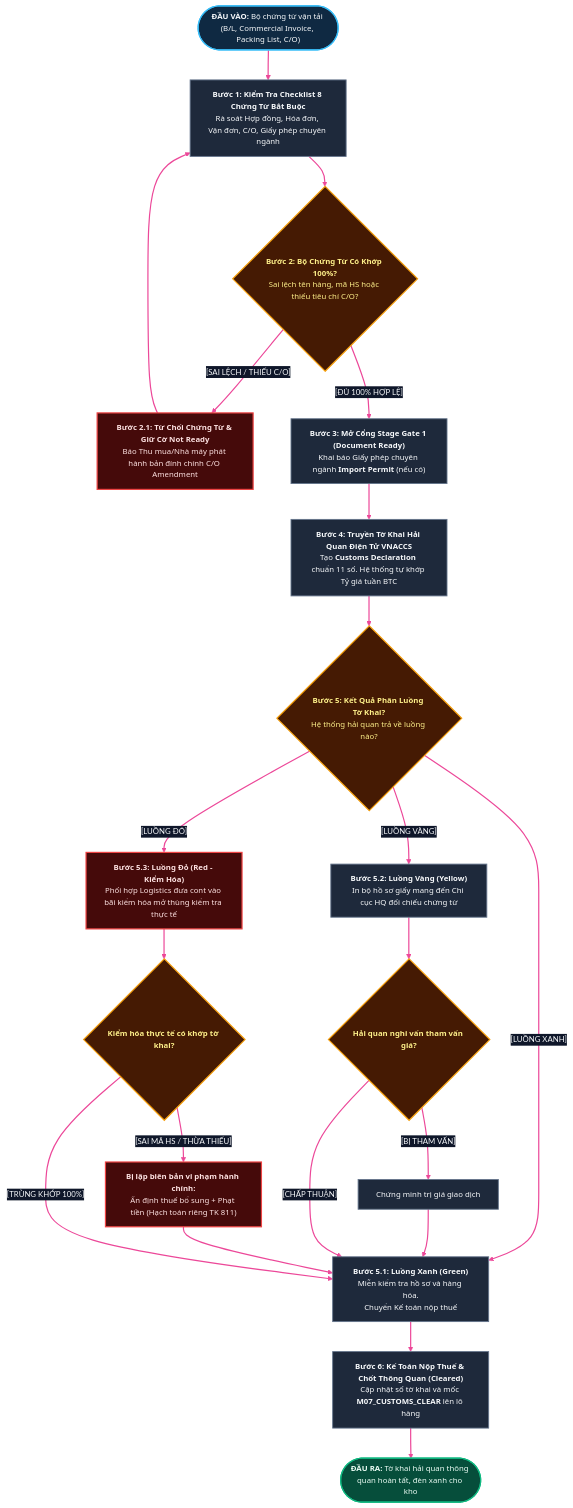
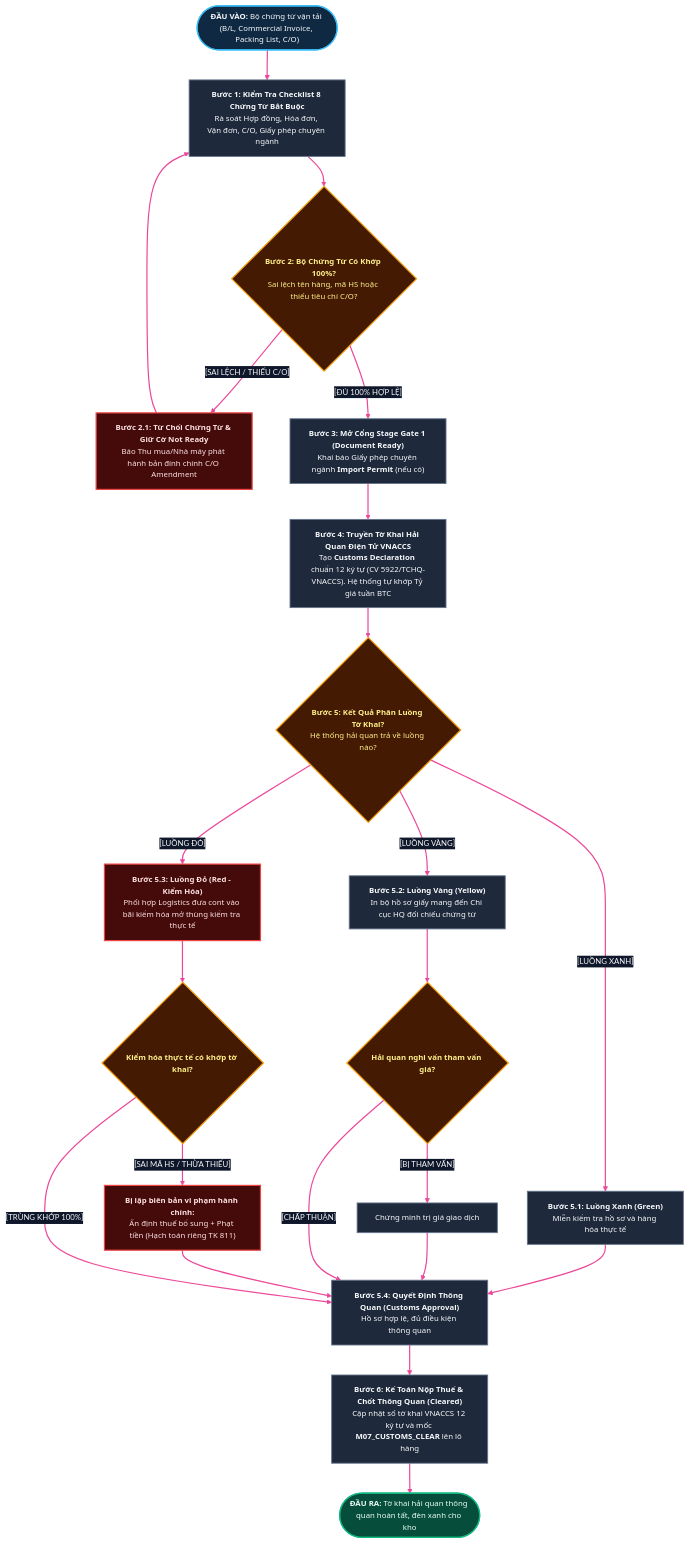
Before and after one commit to capkimkhanh2k5/Logistics_ERPNext_RAG: the sixth of 14 diagrams in LUONG_NGHIEP_VU_CAC_VAI_TRO_XUAT_NHAP_KHAU.md, drawn with Mermaid. The commit also changed other lines of this file and 3 other files, not shown here.

Commit message:
feat(critique-fix): implement full 13 expert critique points on architecture and workflows

````diff
--- a/LUONG_NGHIEP_VU_CAC_VAI_TRO_XUAT_NHAP_KHAU.md
+++ b/LUONG_NGHIEP_VU_CAC_VAI_TRO_XUAT_NHAP_KHAU.md
@@ -297,53 +330,55 @@
 ```mermaid
 %%{init: {
   'theme': 'base',
   'themeVariables': {
     'fontFamily': 'Segoe UI, Arial, sans-serif',
     'fontSize': '13px',
     'primaryColor': '#1E293B',
     'primaryTextColor': '#F8FAFC',
     'primaryBorderColor': '#EC4899',
     'lineColor': '#EC4899',
     'edgeLabelBackground': '#0F172A'
   }
 }}%%
 flowchart TD
     classDef default fill:#1E293B,stroke:#64748B,stroke-width:1.5px,color:#F8FAFC,font-family:Segoe UI,Arial,sans-serif;
     classDef decision fill:#451A03,stroke:#F59E0B,stroke-width:2px,color:#FEF08A,font-family:Segoe UI,Arial,sans-serif;
     classDef input fill:#0F2942,stroke:#38BDF8,stroke-width:2px,color:#F8FAFC,font-family:Segoe UI,Arial,sans-serif;
     classDef error fill:#450A0A,stroke:#EF4444,stroke-width:2px,color:#FEE2E2,font-family:Segoe UI,Arial,sans-serif;
     classDef success fill:#064E3B,stroke:#10B981,stroke-width:2px,color:#ECFDF5,font-family:Segoe UI,Arial,sans-serif;
 
     H_IN(["<b>ĐẦU VÀO:</b> Bộ chứng từ vận tải (B/L, Commercial Invoice, Packing List, C/O)"]):::input --> H1
     H1["<b>Bước 1: Kiểm Tra Checklist 8 Chứng Từ Bắt Buộc</b><br>Rà soát Hợp đồng, Hóa đơn, Vận đơn, C/O, Giấy phép chuyên ngành"] --> H2
     
     H2{"<b>Bước 2: Bộ Chứng Từ Có Khớp 100%?</b><br>Sai lệch tên hàng, mã HS hoặc thiếu tiêu chí C/O?"}:::decision
     
     H2 -- "[SAI LỆCH / THIẾU C/O]" --> H_REJ["<b>Bước 2.1: Từ Chối Chứng Từ & Giữ Cờ Not Ready</b><br>Báo Thu mua/Nhà máy phát hành bản đính chính C/O Amendment"]:::error --> H1
     
     H2 -- "[ĐỦ 100% HỢP LỆ]" --> H3["<b>Bước 3: Mở Cổng Stage Gate 1 (Document Ready)</b><br>Khai báo Giấy phép chuyên ngành <b>Import Permit</b> (nếu có)"] --> H4
     
-    H4["<b>Bước 4: Truyền Tờ Khai Hải Quan Điện Tử VNACCS</b><br>Tạo <b>Customs Declaration</b> chuẩn 11 số. Hệ thống tự khớp Tỷ giá tuần BTC"] --> H5
+    H4["<b>Bước 4: Truyền Tờ Khai Hải Quan Điện Tử VNACCS</b><br>Tạo <b>Customs Declaration</b> chuẩn 12 ký tự (CV 5922/TCHQ-VNACCS). Hệ thống tự khớp Tỷ giá tuần BTC"] --> H5
     
     H5{"<b>Bước 5: Kết Quả Phân Luồng Tờ Khai?</b><br>Hệ thống hải quan trả về luồng nào?"}:::decision
     
-    H5 -- "[LUỒNG XANH]" --> H_GREEN["<b>Bước 5.1: Luồng Xanh (Green)</b><br>Miễn kiểm tra hồ sơ và hàng hóa.<br>Chuyển Kế toán nộp thuế"]
+    H5 -- "[LUỒNG XANH]" --> H_PASS["<b>Bước 5.1: Luồng Xanh (Green)</b><br>Miễn kiểm tra hồ sơ và hàng hóa thực tế"] --> H_CLEAR
     
     H5 -- "[LUỒNG VÀNG]" --> H_YELLOW["<b>Bước 5.2: Luồng Vàng (Yellow)</b><br>In bộ hồ sơ giấy mang đến Chi cục HQ đối chiếu chứng từ"]
     
     H5 -- "[LUỒNG ĐỎ]" --> H_RED["<b>Bước 5.3: Luồng Đỏ (Red - Kiểm Hóa)</b><br>Phối hợp Logistics đưa cont vào bãi kiểm hóa mở thùng kiểm tra thực tế"]:::error
     
     H_YELLOW --> H6{"<b>Hải quan nghi vấn tham vấn giá?</b>"}:::decision
-    H6 -- "[BỊ THAM VẤN]" --> H_CONSULT["Chứng minh trị giá giao dịch"] --> H_GREEN
-    H6 -- "[CHẤP THUẬN]" --> H_GREEN
+    H6 -- "[BỊ THAM VẤN]" --> H_CONSULT["Chứng minh trị giá giao dịch"] --> H_CLEAR
+    H6 -- "[CHẤP THUẬN]" --> H_CLEAR
     
     H_RED --> H7{"<b>Kiểm hóa thực tế có khớp tờ khai?</b>"}:::decision
-    H7 -- "[SAI MÃ HS / THỪA THIẾU]" --> H_FINE["<b>Bị lập biên bản vi phạm hành chính:</b><br>Ấn định thuế bổ sung + Phạt tiền (Hạch toán riêng TK 811)"]:::error --> H_GREEN
-    H7 -- "[TRÙNG KHỚP 100%]" --> H_GREEN
+    H7 -- "[SAI MÃ HS / THỪA THIẾU]" --> H_FINE["<b>Bị lập biên bản vi phạm hành chính:</b><br>Ấn định thuế bổ sung + Phạt tiền (Hạch toán riêng TK 811)"]:::error --> H_CLEAR
+    H7 -- "[TRÙNG KHỚP 100%]" --> H_CLEAR
+
+    H_CLEAR["<b>Bước 5.4: Quyết Định Thông Quan (Customs Approval)</b><br>Hồ sơ hợp lệ, đủ điều kiện thông quan"] --> H8
     
-    H_GREEN --> H8["<b>Bước 6: Kế Toán Nộp Thuế & Chốt Thông Quan (Cleared)</b><br>Cập nhật số tờ khai và mốc <b>M07_CUSTOMS_CLEAR</b> lên lô hàng"] --> H_OUT
+    H8["<b>Bước 6: Kế Toán Nộp Thuế & Chốt Thông Quan (Cleared)</b><br>Cập nhật số tờ khai VNACCS 12 ký tự và mốc <b>M07_CUSTOMS_CLEAR</b> lên lô hàng"] --> H_OUT
     
     H_OUT(["<b>ĐẦU RA:</b> Tờ khai hải quan thông quan hoàn tất, đèn xanh cho kho"]):::success
 
     linkStyle default stroke:#EC4899,stroke-width:2px;
 ```
````
